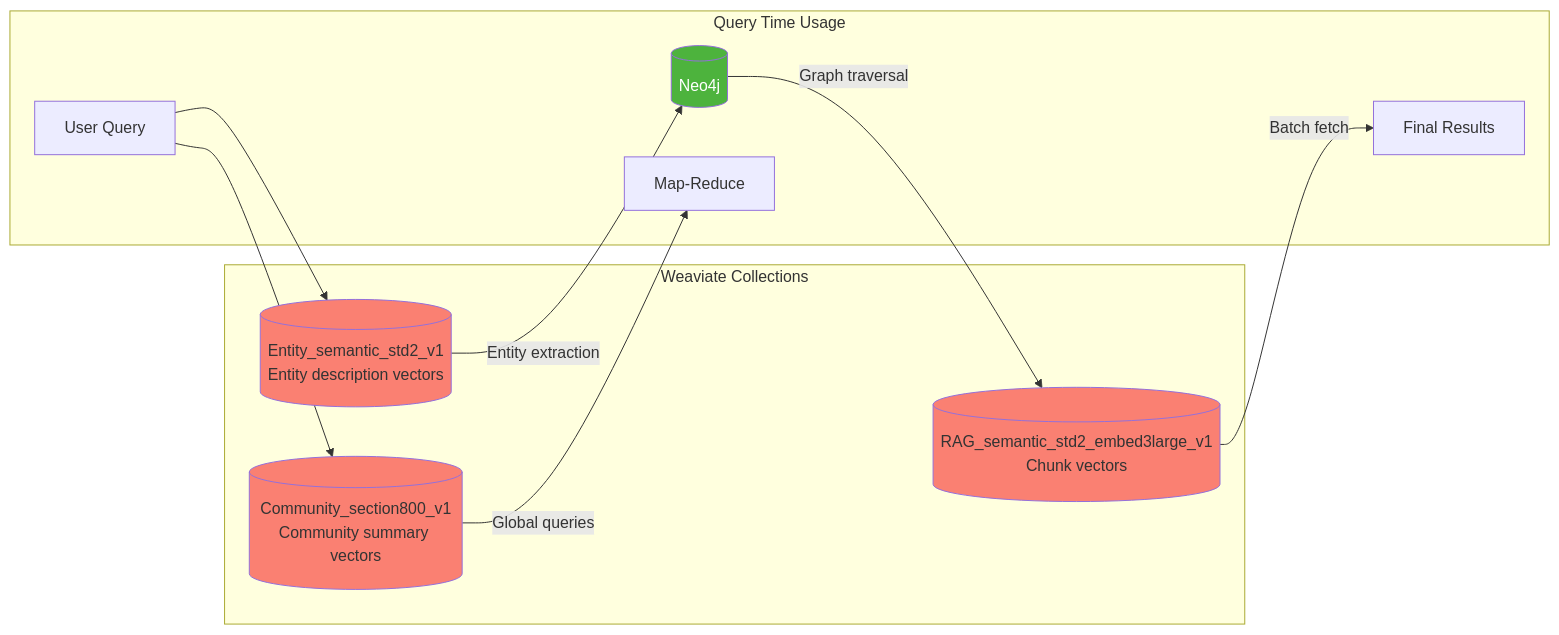
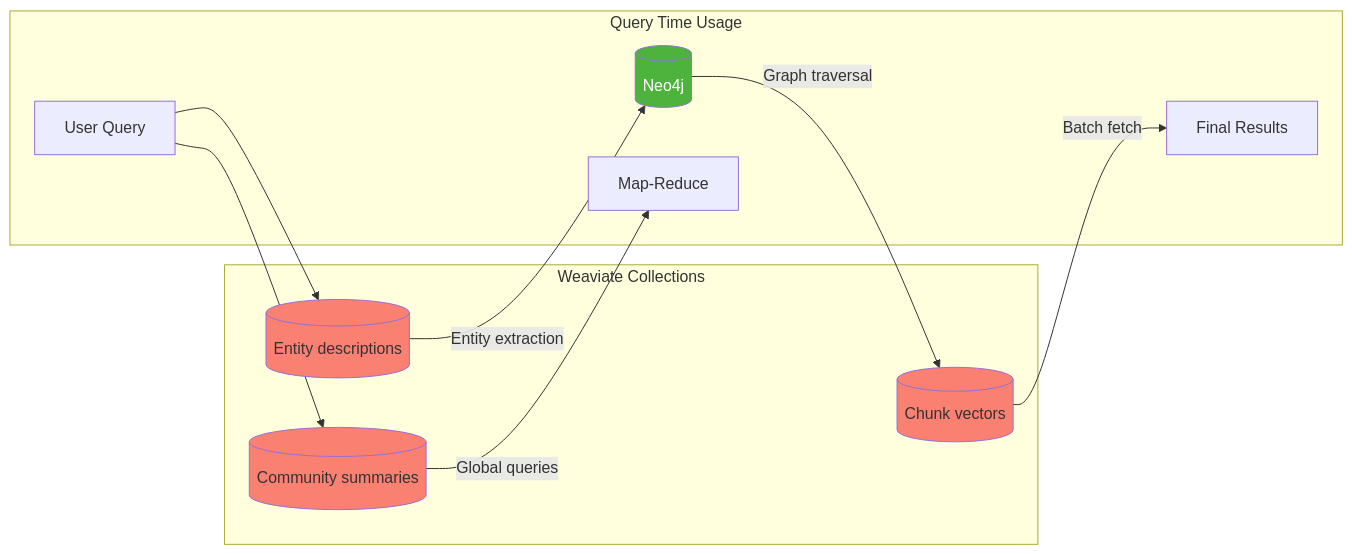
Before and after one commit to crlsrmrlsz/raglab: the sixth of 8 diagrams in memory-bank/graphrag/graphrag_raglab_implementation.md, drawn with Mermaid. The commit also changed other lines of this file, not shown here.

First line of the commit message:
fix(docs): resolve mermaid parsing errors in GraphRAG doc

````diff
--- a/memory-bank/graphrag/graphrag_raglab_implementation.md
+++ b/memory-bank/graphrag/graphrag_raglab_implementation.md
@@ -454,23 +454,23 @@
 ```mermaid
 flowchart LR
     subgraph Collections["Weaviate Collections"]
-        CHUNKS[(RAG_semantic_std2_embed3large_v1<br/>Chunk vectors)]
-        COMMS[(Community_section800_v1<br/>Community summary vectors)]
-        ENTS[(Entity_semantic_std2_v1<br/>Entity description vectors)]
+        CHUNKS[("Chunk vectors")]
+        COMMS[("Community summaries")]
+        ENTS[("Entity descriptions")]
     end
 
     subgraph Usage["Query Time Usage"]
         QUERY[User Query] --> ENTS
         QUERY --> COMMS
 
-        ENTS --> |Entity extraction| NEO4J[(Neo4j)]
+        ENTS --> |Entity extraction| NEO4J[("Neo4j")]
         NEO4J --> |Graph traversal| CHUNKS
         CHUNKS --> |Batch fetch| RESULTS[Final Results]
         COMMS --> |Global queries| MAPRED[Map-Reduce]
     end
 
     style CHUNKS fill:#fa8072
     style COMMS fill:#fa8072
     style ENTS fill:#fa8072
     style NEO4J fill:#4db33d,color:white
 ```
````
